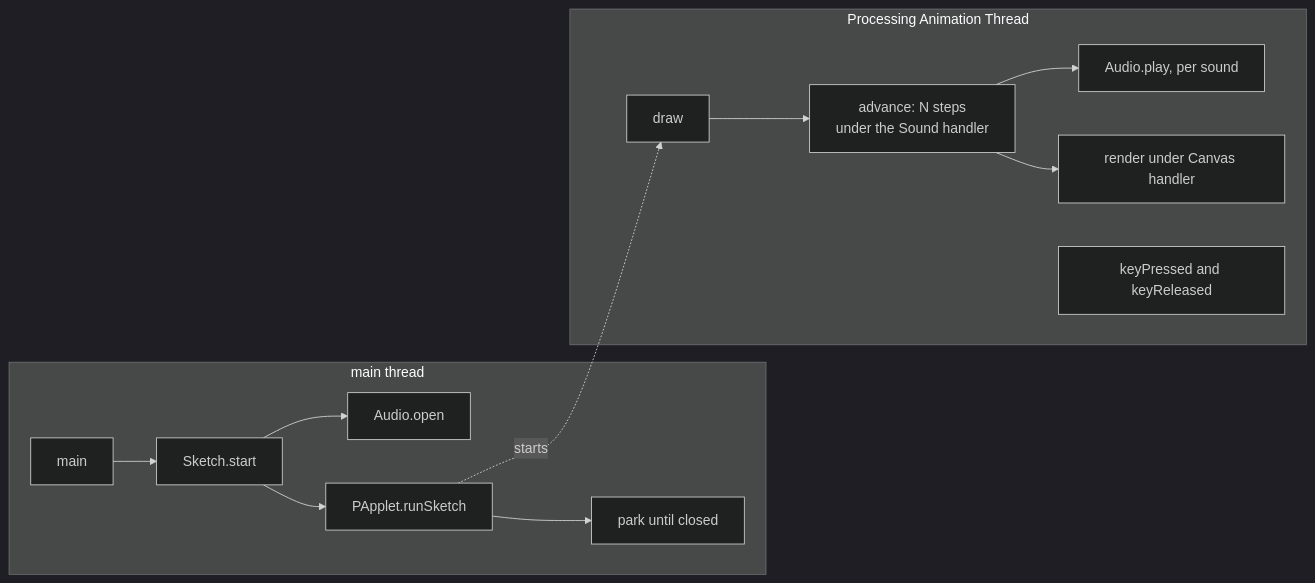
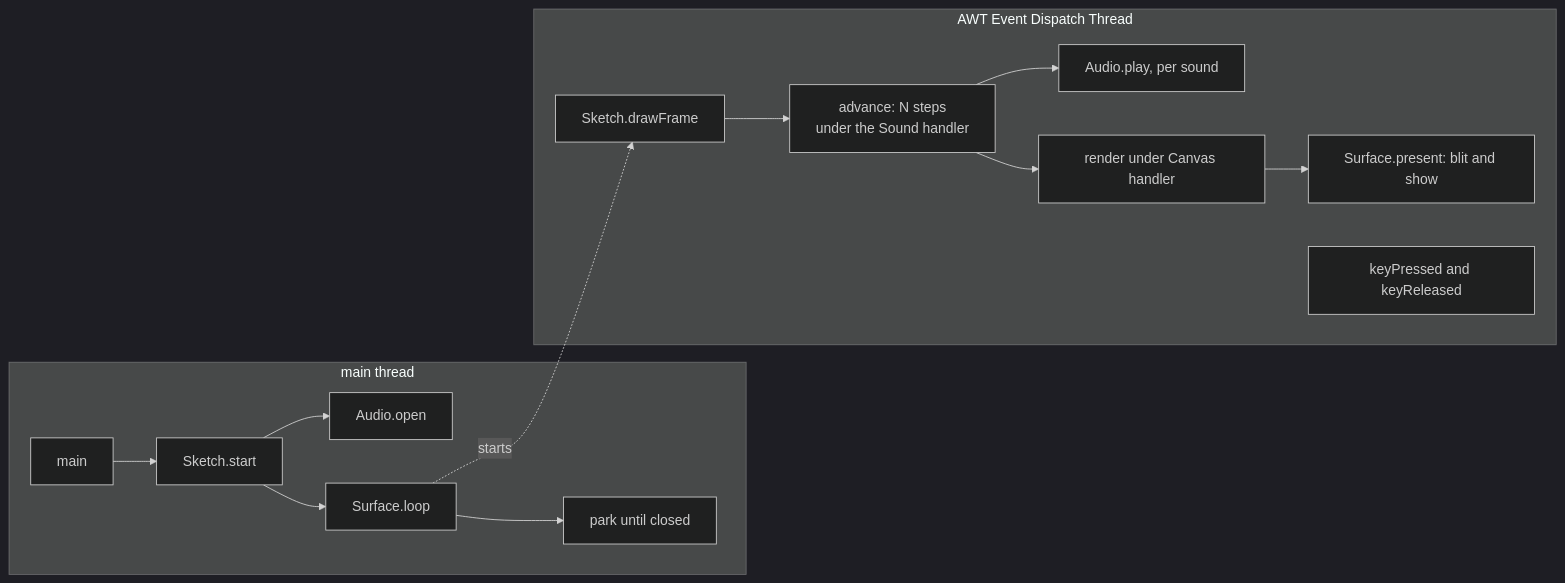
One commit to wstein/flix-invaders changed the third of 5 diagrams in docs/ARCHITECTURE.md. Above: the diagram before and after it, drawn with Mermaid (dark theme). The commit also changed other lines of this file and 6 other files, not shown here.

````diff
--- a/docs/ARCHITECTURE.md
+++ b/docs/ARCHITECTURE.md
@@ -270,16 +282,17 @@
 ```mermaid
 flowchart LR
     subgraph main["main thread"]
         M[main] --> ST[Sketch.start]
         ST --> AO[Audio.open]
-        ST --> RS[PApplet.runSketch]
+        ST --> RS[Surface.loop]
         RS --> PK["park until closed"]
     end
-    subgraph anim["Processing Animation Thread"]
-        D[draw] --> ADV["advance: N steps<br/>under the Sound handler"]
+    subgraph anim["AWT Event Dispatch Thread"]
+        D[Sketch.drawFrame] --> ADV["advance: N steps<br/>under the Sound handler"]
         ADV --> PL["Audio.play, per sound"]
         ADV --> RN[render under Canvas handler]
+        RN --> PR["Surface.present: blit and show"]
         KP["keyPressed and keyReleased"]
     end
     RS -.->|starts| D
 ```
````
